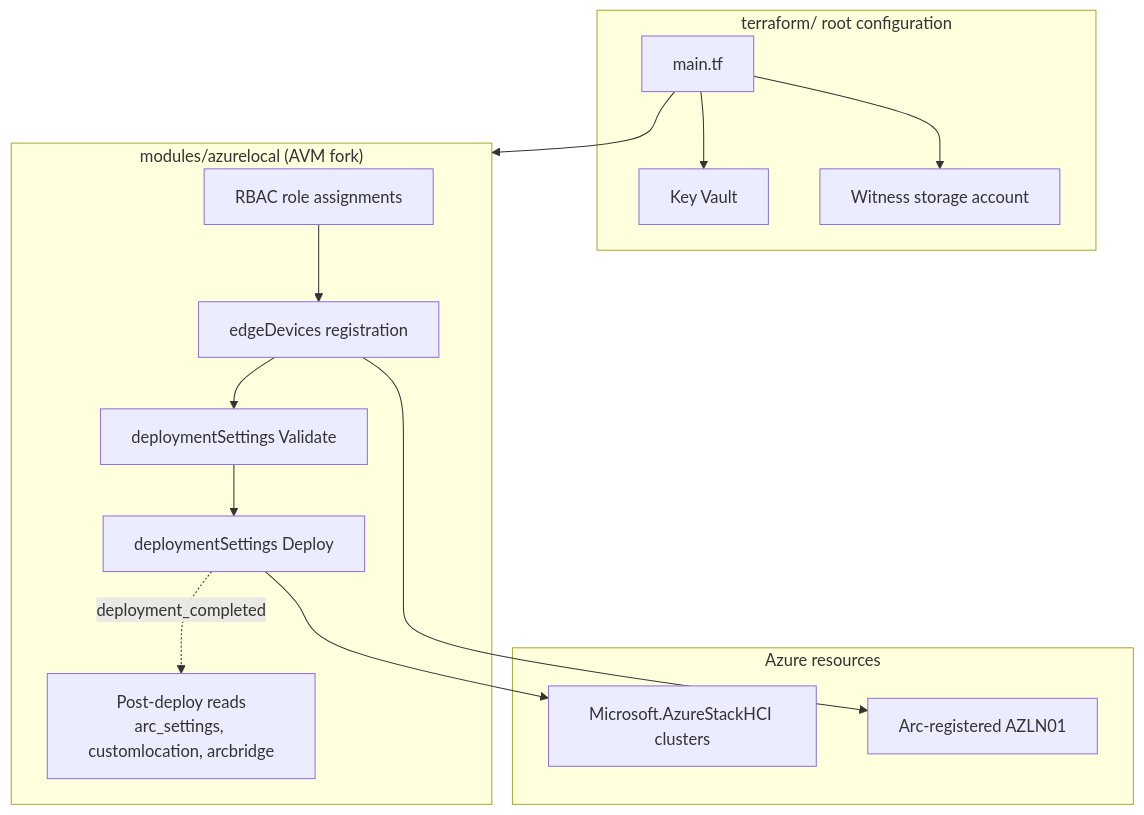
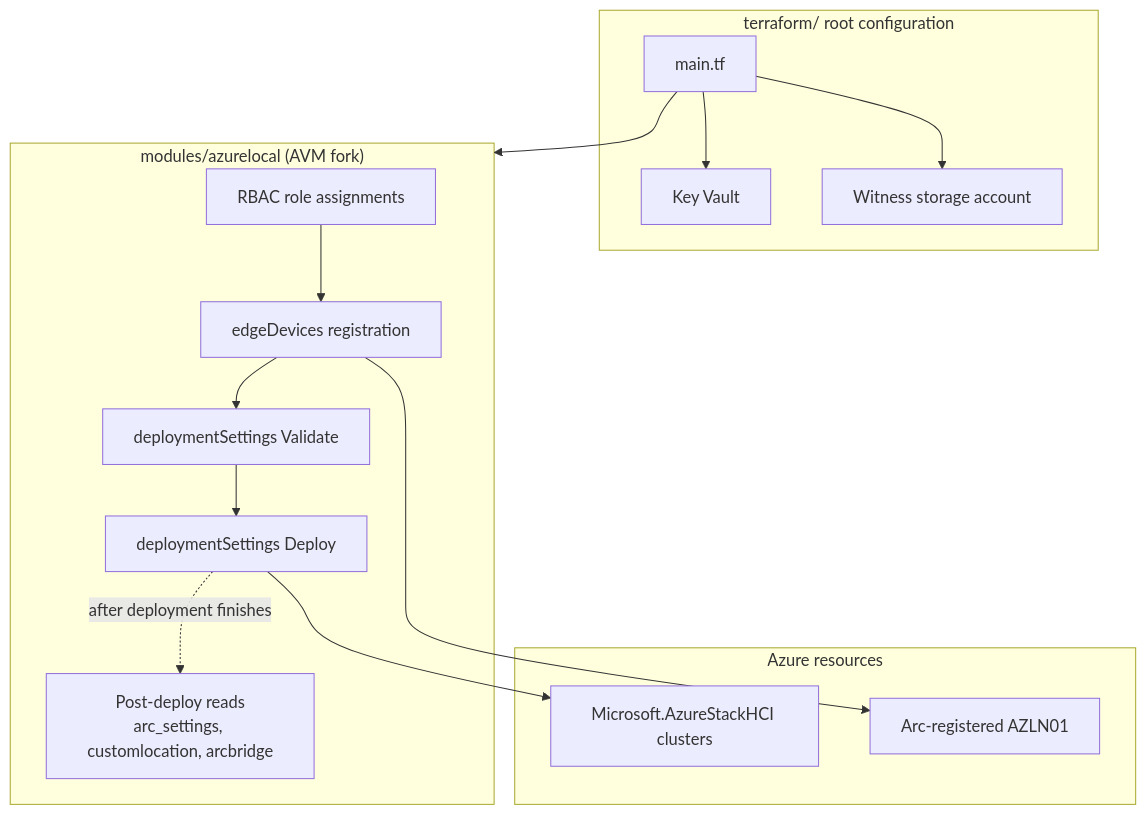
Before and after one commit to schmittnieto/schmittnieto.github.io: the third of 3 diagrams in assets/repo/AzSHCI/README.md, drawn with Mermaid. The commit also changed other lines of this file and 12 other files, not shown here.

````diff
--- a/assets/repo/AzSHCI/README.md
+++ b/assets/repo/AzSHCI/README.md
@@ -196,29 +196,29 @@
 ```mermaid
 flowchart TB
     subgraph Root["terraform/ root configuration"]
         Main["main.tf"]
         KV["Key Vault"]
         SA["Witness storage account"]
     end
 
     subgraph Module["modules/azurelocal (AVM fork)"]
         RBAC["RBAC role assignments"]
         Edge["edgeDevices registration"]
         Validate["deploymentSettings Validate"]
         Deploy["deploymentSettings Deploy"]
         Post["Post-deploy reads<br/>arc_settings, customlocation, arcbridge"]
     end
 
     subgraph AzureRes["Azure resources"]
         Cluster["Microsoft.AzureStackHCI clusters"]
         ArcNode["Arc-registered AZLN01"]
     end
 
     Main --> KV
     Main --> SA
     Main --> Module
     RBAC --> Edge --> Validate --> Deploy
     Edge --> ArcNode
     Deploy --> Cluster
-    Deploy -. deployment_completed .-> Post
+    Deploy -. after deployment finishes .-> Post
 ```
````
